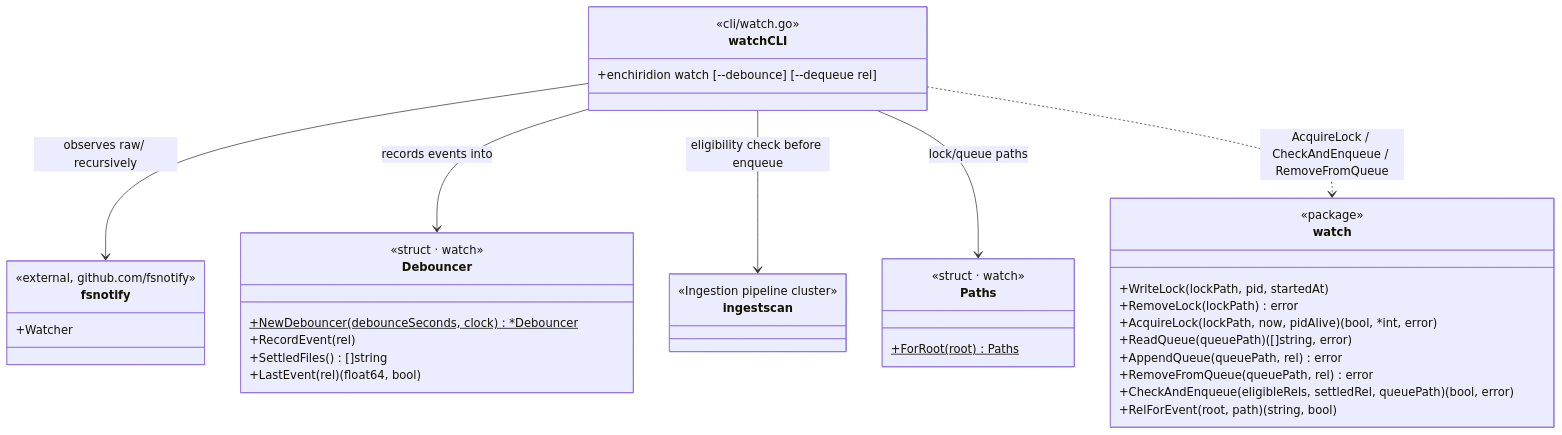
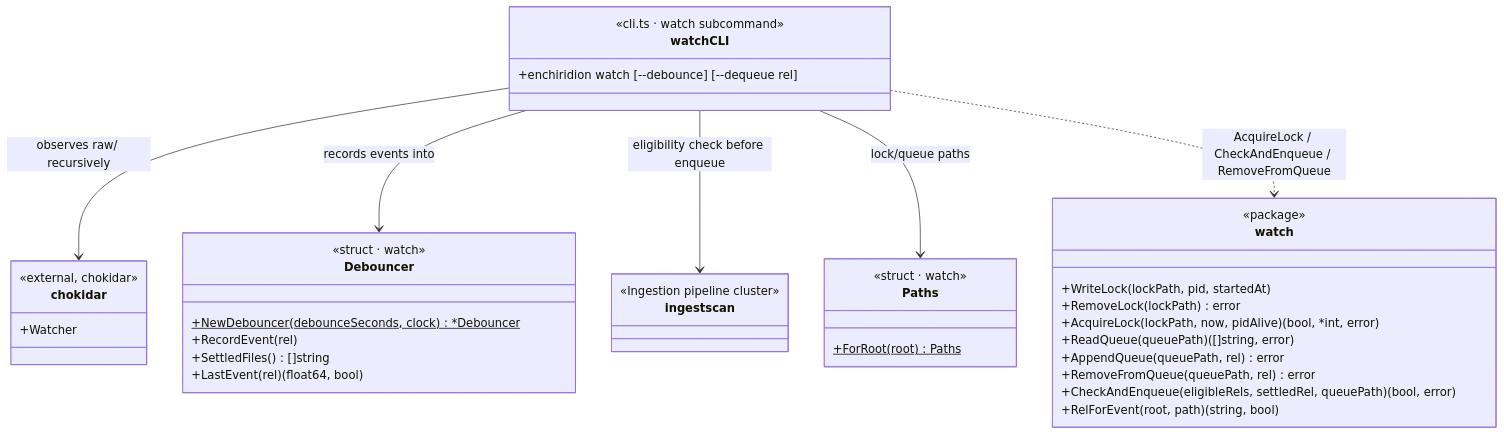
Before and after one commit to dhague/enchiridion: the eighth of 9 diagrams in docs/architecture.md, drawn with Mermaid. The commit also changed other lines of this file and 95 other files, not shown here.

````diff
--- a/docs/architecture.md
+++ b/docs/architecture.md
@@ -590,42 +585,42 @@
 ```mermaid
 classDiagram
     class Debouncer {
         <<struct · watch>>
         +NewDebouncer(debounceSeconds, clock)$ *Debouncer
         +RecordEvent(rel)
         +SettledFiles() []string
         +LastEvent(rel) (float64, bool)
     }
     class Paths {
         <<struct · watch>>
         +ForRoot(root)$ Paths
     }
     class watch {
         <<package>>
         +WriteLock(lockPath, pid, startedAt)
         +RemoveLock(lockPath) error
         +AcquireLock(lockPath, now, pidAlive) (bool, *int, error)
         +ReadQueue(queuePath) ([]string, error)
         +AppendQueue(queuePath, rel) error
         +RemoveFromQueue(queuePath, rel) error
         +CheckAndEnqueue(eligibleRels, settledRel, queuePath) (bool, error)
         +RelForEvent(root, path) (string, bool)
     }
-    class fsnotify {
-        <<external, github.com/fsnotify>>
+    class chokidar {
+        <<external, chokidar>>
         +Watcher
     }
     class watchCLI {
-        <<cli/watch.go>>
+        <<cli.ts · watch subcommand>>
         +enchiridion watch [--debounce] [--dequeue rel]
     }
     class ingestscan {
         <<Ingestion pipeline cluster>>
     }
 
-    watchCLI --> fsnotify : observes raw/ recursively
+    watchCLI --> chokidar : observes raw/ recursively
     watchCLI --> Debouncer : records events into
     watchCLI --> ingestscan : eligibility check before enqueue
     watchCLI --> Paths : lock/queue paths
     watchCLI ..> watch : AcquireLock / CheckAndEnqueue / RemoveFromQueue
 ```
````
